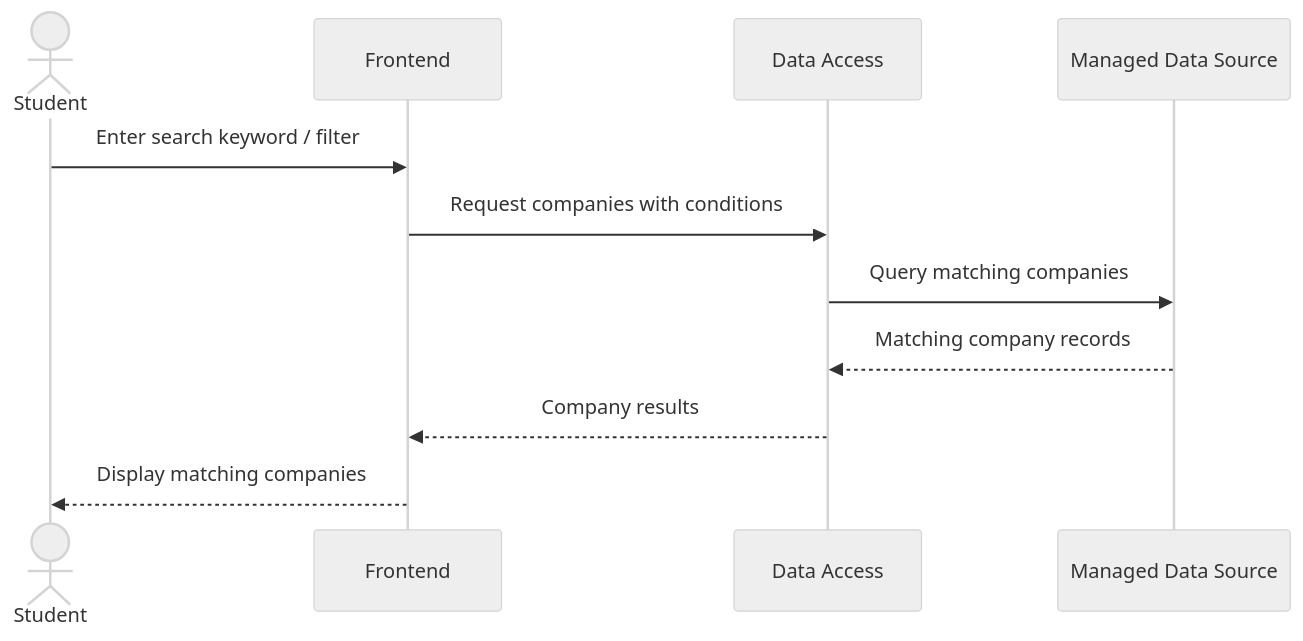
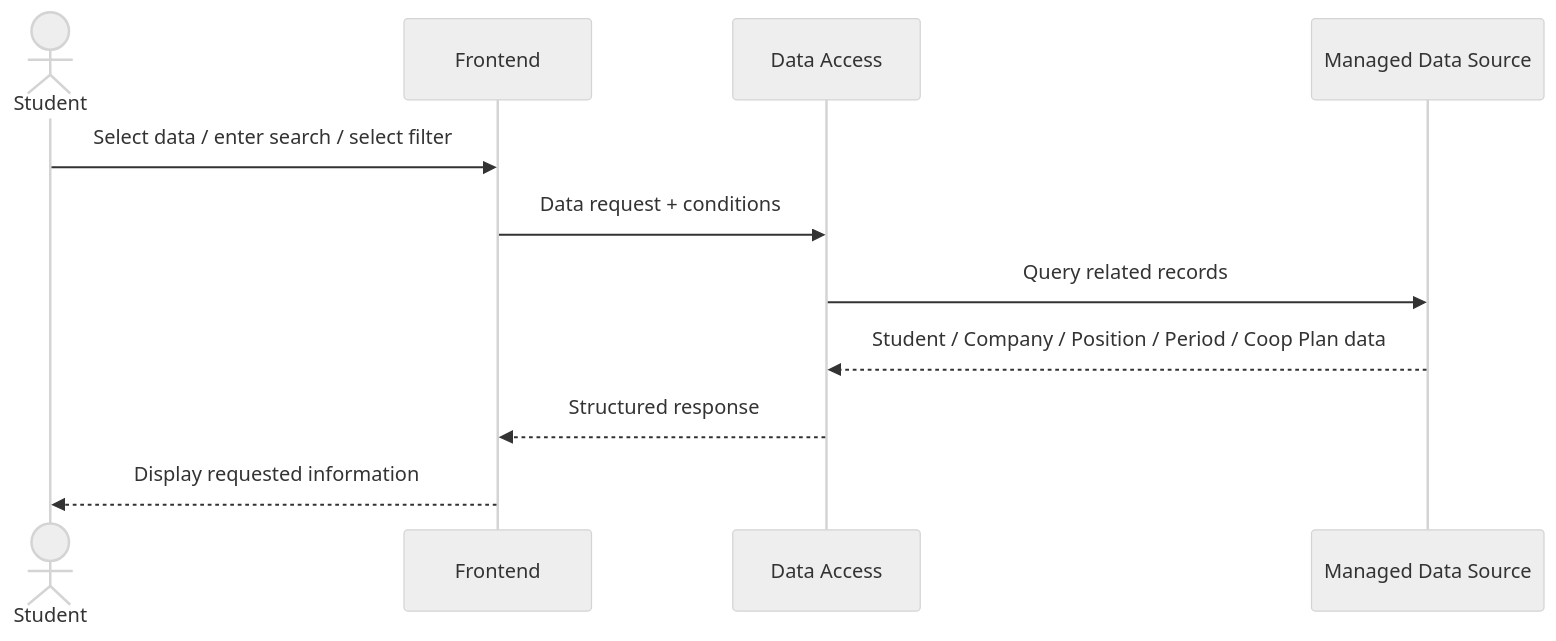
One commit to KaylahJin/CS361-Project changed the sixth of 6 diagrams in docs/overview/V2.md. Above: the diagram before and after it, drawn with Mermaid (neutral theme). The commit also changed other lines of this file, not shown here.

````diff
--- a/docs/overview/V2.md
+++ b/docs/overview/V2.md
@@ -236,15 +447,21 @@
 ```mermaid
 sequenceDiagram
 
     actor Student
+
     participant Frontend
     participant DataAccess as Data Access
     participant DataSource as Managed Data Source
 
-    Student->>Frontend: Enter search keyword / filter
-    Frontend->>DataAccess: Request companies with conditions
-    DataAccess->>DataSource: Query matching companies
-    DataSource-->>DataAccess: Matching company records
-    DataAccess-->>Frontend: Company results
-    Frontend-->>Student: Display matching companies
+    Student->>Frontend: Select data / enter search / select filter
+
+    Frontend->>DataAccess: Data request + conditions
+
+    DataAccess->>DataSource: Query related records
+
+    DataSource-->>DataAccess: Student / Company / Position / Period / Coop Plan data
+
+    DataAccess-->>Frontend: Structured response
+
+    Frontend-->>Student: Display requested information
 ```
````
